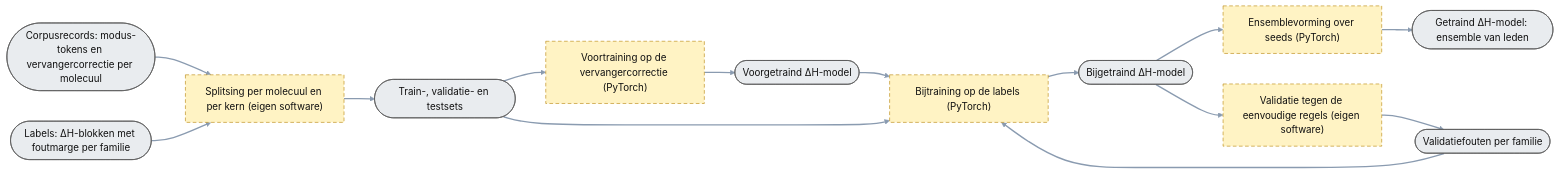
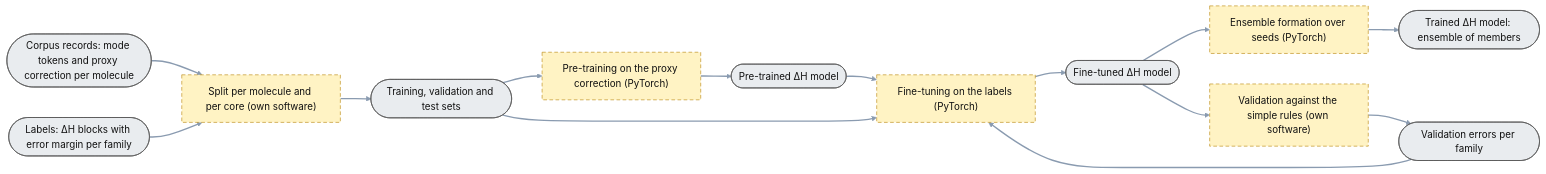
One commit to thebreadishard/udacity-capstone-plan changed the diagram in plans/05_delta-probed-ir-pipeline/GoalGathering/architecture/60_training.mmd. Above: the diagram before and after it, drawn with Mermaid. The commit also changed 18 other files, not shown here.

Commit message:
Plan 05 architecture: translated to English (sheets 0-8, PyTorch sheet, index); files renamed to English; mechanical check: same node ids, shapes, classes, edges and subgraphs per sheet, PyTorch AST identical up to docstrings and message strings, all nine sheets render in Mermaid 11

```diff
--- a/plans/05_delta-probed-ir-pipeline/GoalGathering/architecture/60_training.mmd
+++ b/plans/05_delta-probed-ir-pipeline/GoalGathering/architecture/60_training.mmd
@@ -1,26 +1,26 @@
-%% Training (niveau 3): uit corpusrecords en labels komt het getrainde ΔH-model. Doelarchitectuur; nog niet gebouwd. De beoordeling (test, licentie, kalibratie) staat op blad 7.
-%% Rechthoek = processtap (bewerking + software); ronde uiteinden = data-object (het ding). Elke stap levert één data-object. Gestippeld = nog niet gebouwd.
+%% Training (level 3): from corpus records and labels comes the trained ΔH model. Target architecture; not built yet. The assessment (test, licence, calibration) is on sheet 7.
+%% Rectangle = process step (operation + software); rounded ends = data object (the thing). Every step yields one data object. Dashed = not built yet.
 flowchart LR
   linkStyle default stroke:#8a9bb0,stroke-width:2.2px
   classDef planned stroke-dasharray: 6 4,stroke:#b8860b,fill:#fff3c4,color:#111
   classDef data fill:#e9ecef,stroke:#555,color:#111
 
-  CORP(["Corpusrecords: modus-tokens en vervangercorrectie per molecuul"]):::data
-  LAB(["Labels: ΔH-blokken met foutmarge per familie"]):::data
-  SPLIT["Splitsing per molecuul en per kern (eigen software)"]:::planned
-  SETS(["Train-, validatie- en testsets"]):::data
-  PRE["Voortraining op de vervangercorrectie (PyTorch)"]:::planned
-  PRENET(["Voorgetraind ΔH-model"]):::data
-  FT["Bijtraining op de labels (PyTorch)"]:::planned
-  FTNET(["Bijgetraind ΔH-model"]):::data
-  VAL["Validatie tegen de eenvoudige regels (eigen software)"]:::planned
-  VALR(["Validatiefouten per familie"]):::data
-  ENSF["Ensemblevorming over seeds (PyTorch)"]:::planned
-  ENS(["Getraind ΔH-model: ensemble van leden"]):::data
+  CORP(["Corpus records: mode tokens and proxy correction per molecule"]):::data
+  LAB(["Labels: ΔH blocks with error margin per family"]):::data
+  SPLIT["Split per molecule and per core (own software)"]:::planned
+  SETS(["Training, validation and test sets"]):::data
+  PRE["Pre-training on the proxy correction (PyTorch)"]:::planned
+  PRENET(["Pre-trained ΔH model"]):::data
+  FT["Fine-tuning on the labels (PyTorch)"]:::planned
+  FTNET(["Fine-tuned ΔH model"]):::data
+  VAL["Validation against the simple rules (own software)"]:::planned
+  VALR(["Validation errors per family"]):::data
+  ENSF["Ensemble formation over seeds (PyTorch)"]:::planned
+  ENS(["Trained ΔH model: ensemble of members"]):::data
 
   CORP --> SPLIT
   LAB --> SPLIT
   SPLIT --> SETS
   SETS --> PRE --> PRENET --> FT --> FTNET --> ENSF --> ENS
   SETS --> FT
   FTNET --> VAL --> VALR --> FT
```
